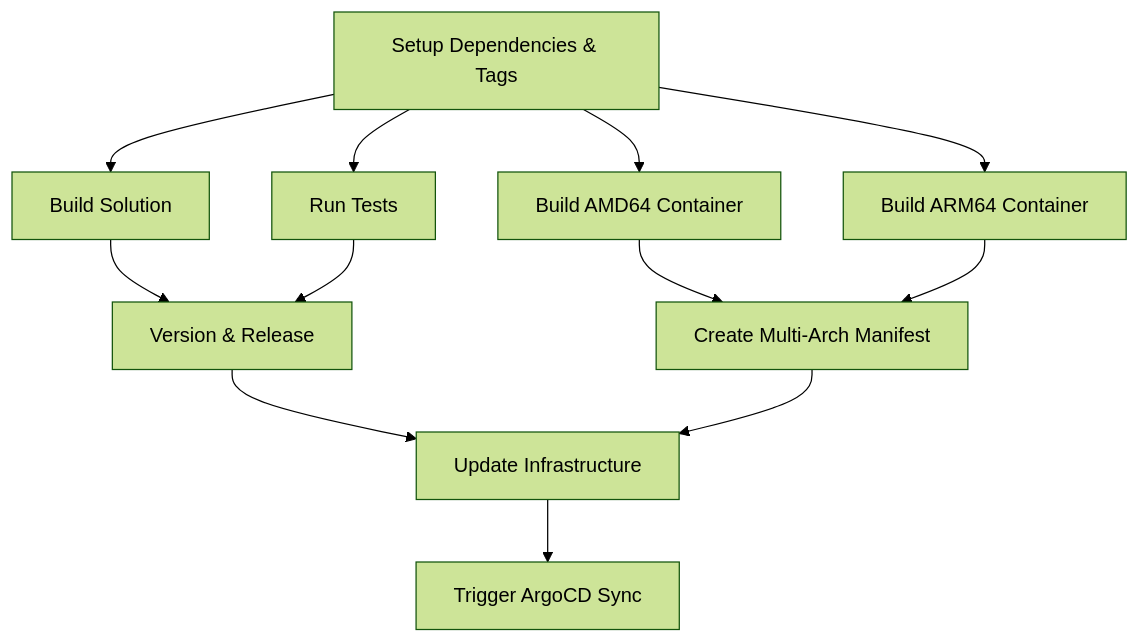
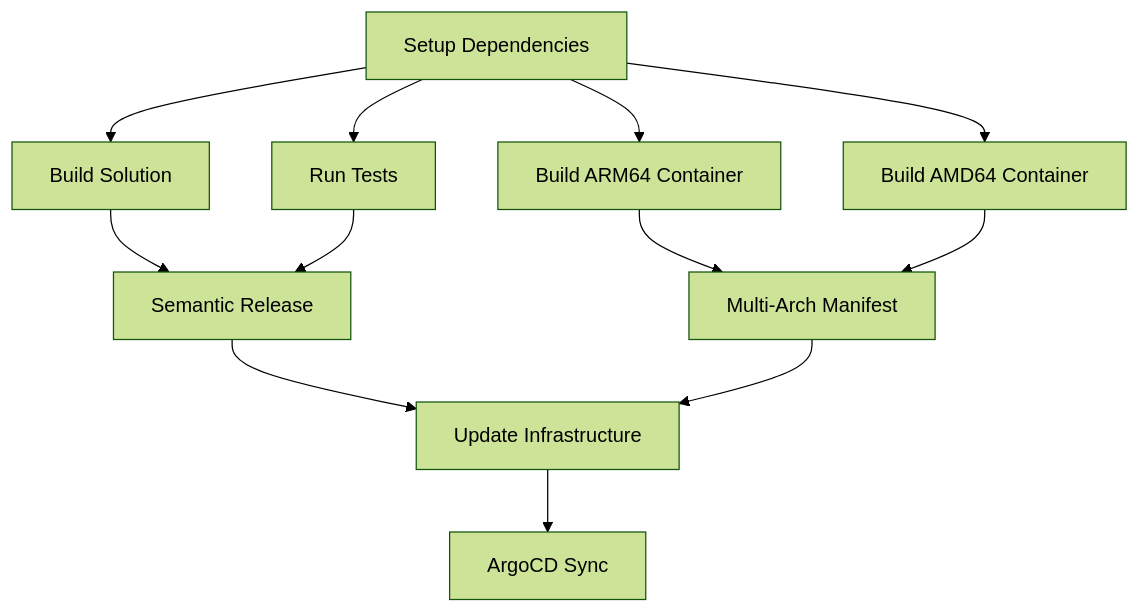
The first of 2 diagrams in README.md (marcelpiva-org/maestroai-github-actions), drawn with Mermaid (forest theme) before and after one commit. The commit also changed other lines of this file, not shown here.

````diff
--- a/README.md
+++ b/README.md
@@ -98,17 +109,17 @@
 ```mermaid
 graph TD
-    A[Setup Dependencies & Tags] --> B[Build Solution]
+    A[Setup Dependencies] --> B[Build Solution]
     A --> C[Run Tests]
-    A --> D[Build AMD64 Container]
-    A --> E[Build ARM64 Container]
+    A --> D[Build ARM64 Container]
+    A --> E[Build AMD64 Container]
 
-    B --> F[Version & Release]
+    B --> F[Semantic Release]
     C --> F
 
-    D --> G[Create Multi-Arch Manifest]
+    D --> G[Multi-Arch Manifest]
     E --> G
 
     F --> H[Update Infrastructure]
     G --> H
-    H --> I[Trigger ArgoCD Sync]
+    H --> I[ArgoCD Sync]
 ```
````
